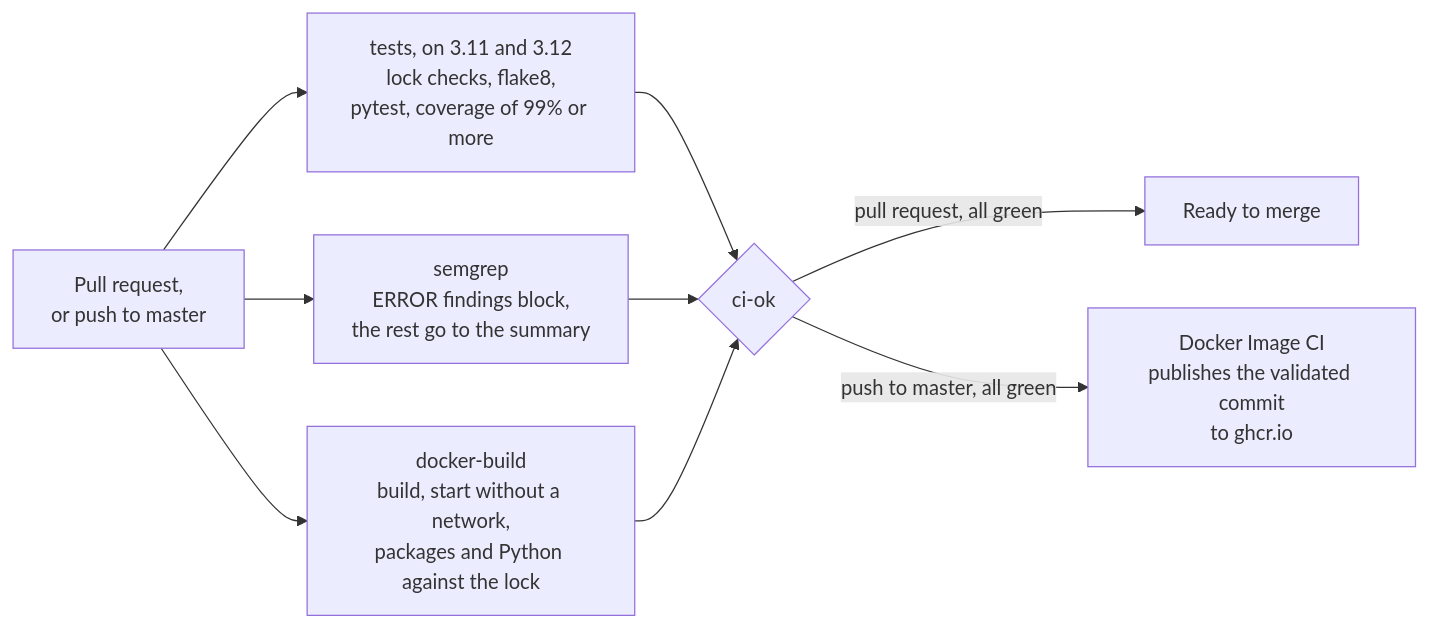
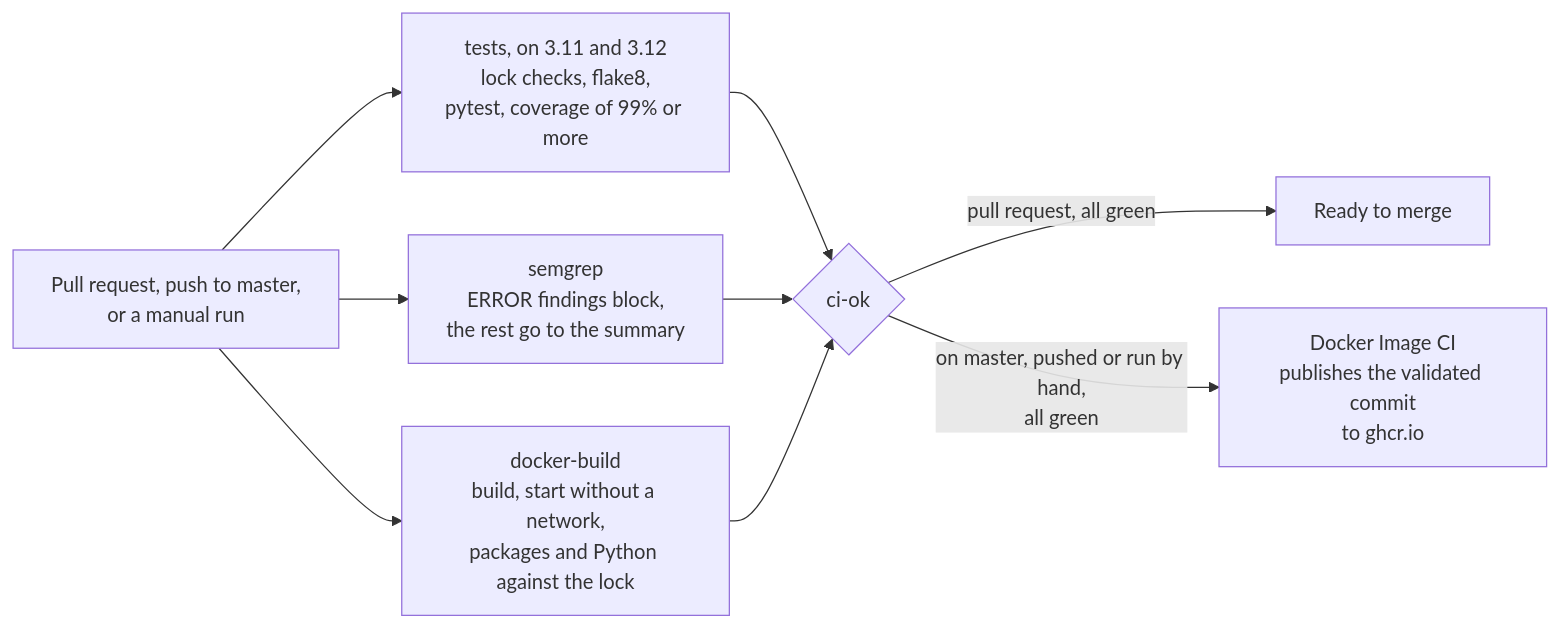
One commit to Akinzou/TradeLockerBot changed the fifth of 6 diagrams in README.md. Above: the diagram before and after it, drawn with Mermaid. The commit also changed other lines of this file and 5 other files, not shown here.

````diff
--- a/README.md
+++ b/README.md
@@ -677,10 +677,10 @@
 ```mermaid
 flowchart LR
-    PR[Pull request,<br/>or push to master] --> T & S & D
+    PR["Pull request, push to master,<br/>or a manual run"] --> T & S & D
     T["tests, on 3.11 and 3.12<br/>lock checks, flake8,<br/>pytest, coverage of 99% or more"]
     S["semgrep<br/>ERROR findings block,<br/>the rest go to the summary"]
     D["docker-build<br/>build, start without a network,<br/>packages and Python against the lock"]
     T & S & D --> OK{ci-ok}
     OK -- "pull request, all green" --> M[Ready to merge]
-    OK -- "push to master, all green" --> P["Docker Image CI<br/>publishes the validated commit<br/>to ghcr.io"]
+    OK -- "on master, pushed or run by hand,<br/>all green" --> P["Docker Image CI<br/>publishes the validated commit<br/>to ghcr.io"]
 ```
````
